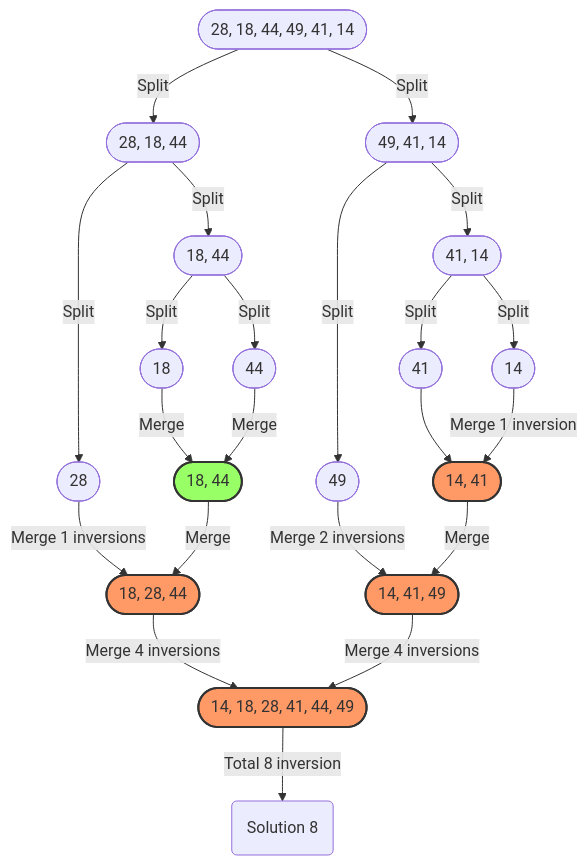
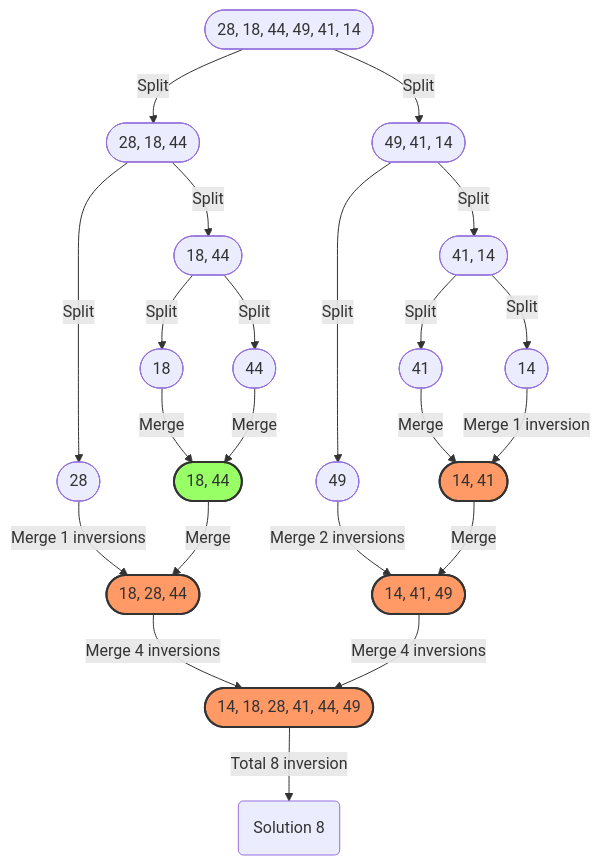
The diagram in 0049-DSA:_Sorting_1:_Count_Sort_&_Merge_Sort/02-inversionCountInAnArray/readMe.md (TengoCharlie/DSA-Practice), drawn with Mermaid before and after one commit. The commit also changed other lines of this file, not shown here.

````diff
--- a/0049-DSA:_Sorting_1:_Count_Sort_&_Merge_Sort/02-inversionCountInAnArray/readMe.md
+++ b/0049-DSA:_Sorting_1:_Count_Sort_&_Merge_Sort/02-inversionCountInAnArray/readMe.md
@@ -71,35 +71,35 @@
 ```mermaid
 graph TD;
     A([28, 18, 44, 49, 41, 14])
     A -->|Split| B([28, 18, 44])
     A -->|Split| C([49, 41, 14])
 
 
     B -->|Split| D([28])
     B -->|Split| E([18, 44])
     E -->|Split| F([18])
     E -->|Split| G([44])
 
 
     C -->|Split| I([41, 14])
     C -->|Split| H([49])
     I -->|Split| J([41])
     I -->|Split| K([14])
 
     F -->|Merge| M([18, 44]):::noInversion
     D -->|Merge 1 inversions| L([18, 28, 44]):::inversion
     G -->|Merge| M
     M -->|Merge| L
-    J --> O; K -->|Merge 1 inversion| O([14, 41]):::inversion
+    J -->|Merge| O; K -->|Merge 1 inversion| O([14, 41]):::inversion
     H -->|Merge 2 inversions| N([14, 41, 49]):::inversion
     O -->|Merge| N
 
 
     L -->|Merge 4 inversions| P([14, 18, 28, 41, 44, 49]):::inversion
     N -->|Merge 4 inversions| P([14, 18, 28, 41, 44, 49]):::inversion
     P -->|Total 8 inversion | Q("Solution 8")
 
     classDef noInversion fill:#9f6,stroke:#333,stroke-width:2px;
     classDef inversion fill:#f96,stroke:#333,stroke-width:2px;
 
 ```
````
